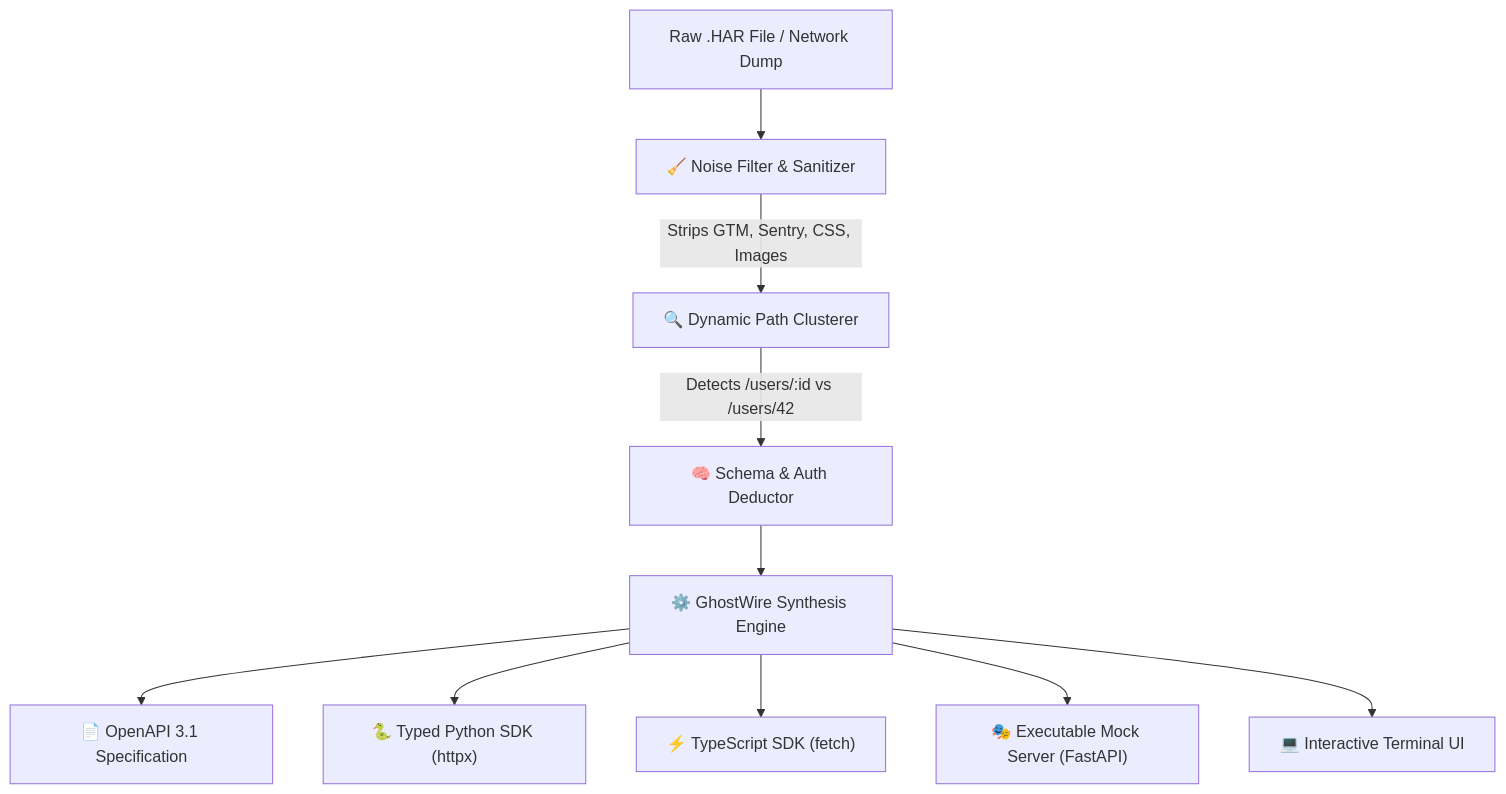
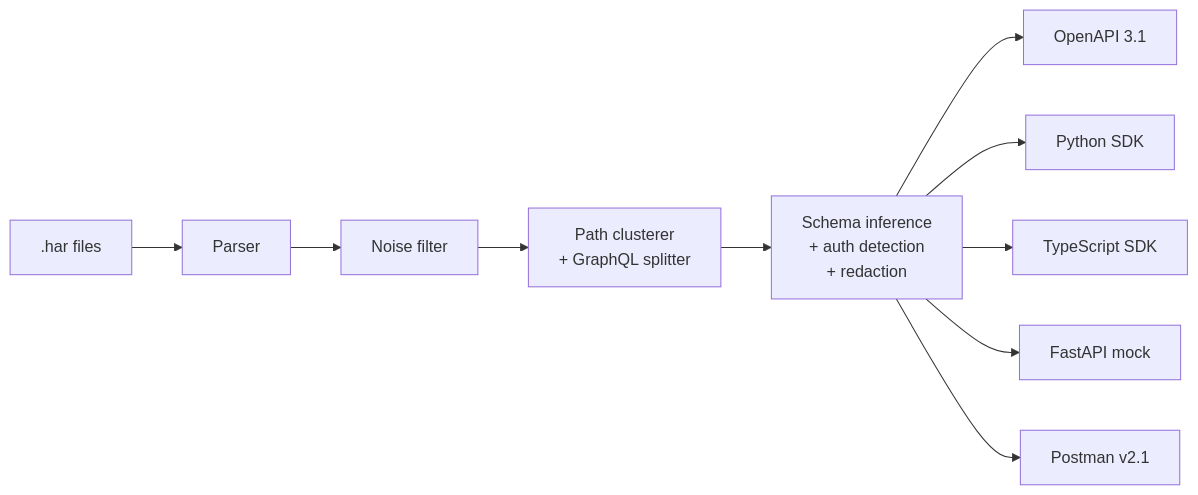
One commit to Himanshu-Sharma12/ghostwire changed the diagram in README.md. Above: the diagram before and after it, drawn with Mermaid. The commit also changed other lines of this file and 30 other files, not shown here.

````diff
--- a/README.md
+++ b/README.md
@@ -160,12 +163,12 @@
 ```mermaid
-graph TD
-    A["Raw .HAR File / Network Dump"] --> B["🧹 Noise Filter & Sanitizer"]
-    B -->|Strips GTM, Sentry, CSS, Images| C["🔍 Dynamic Path Clusterer"]
-    C -->|Detects /users/:id vs /users/42| D["🧠 Schema & Auth Deductor"]
-    D --> E["⚙️ GhostWire Synthesis Engine"]
-    E --> F["📄 OpenAPI 3.1 Specification"]
-    E --> G["🐍 Typed Python SDK (httpx)"]
-    E --> H["⚡ TypeScript SDK (fetch)"]
-    E --> I["🎭 Executable Mock Server (FastAPI)"]
-    E --> J["💻 Interactive Terminal UI"]
+graph LR
+    A[".har files"] --> B["Parser"]
+    B --> C["Noise filter"]
+    C --> D["Path clusterer<br/>+ GraphQL splitter"]
+    D --> E["Schema inference<br/>+ auth detection<br/>+ redaction"]
+    E --> F["OpenAPI 3.1"]
+    E --> G["Python SDK"]
+    E --> H["TypeScript SDK"]
+    E --> I["FastAPI mock"]
+    E --> J["Postman v2.1"]
 ```
````
